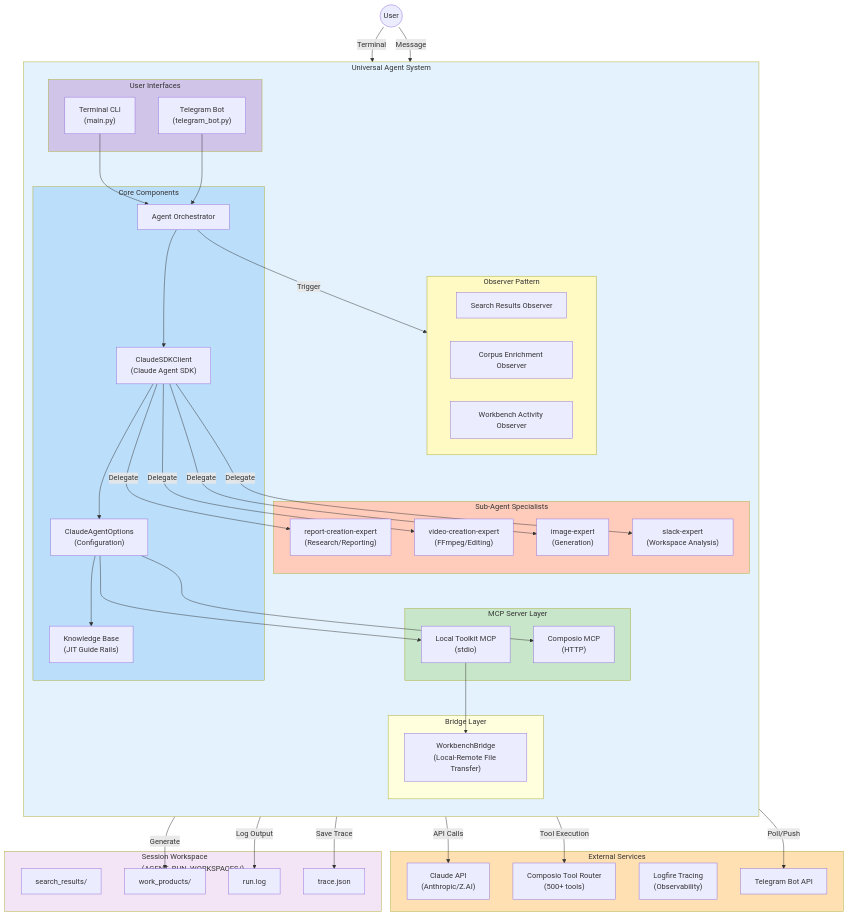
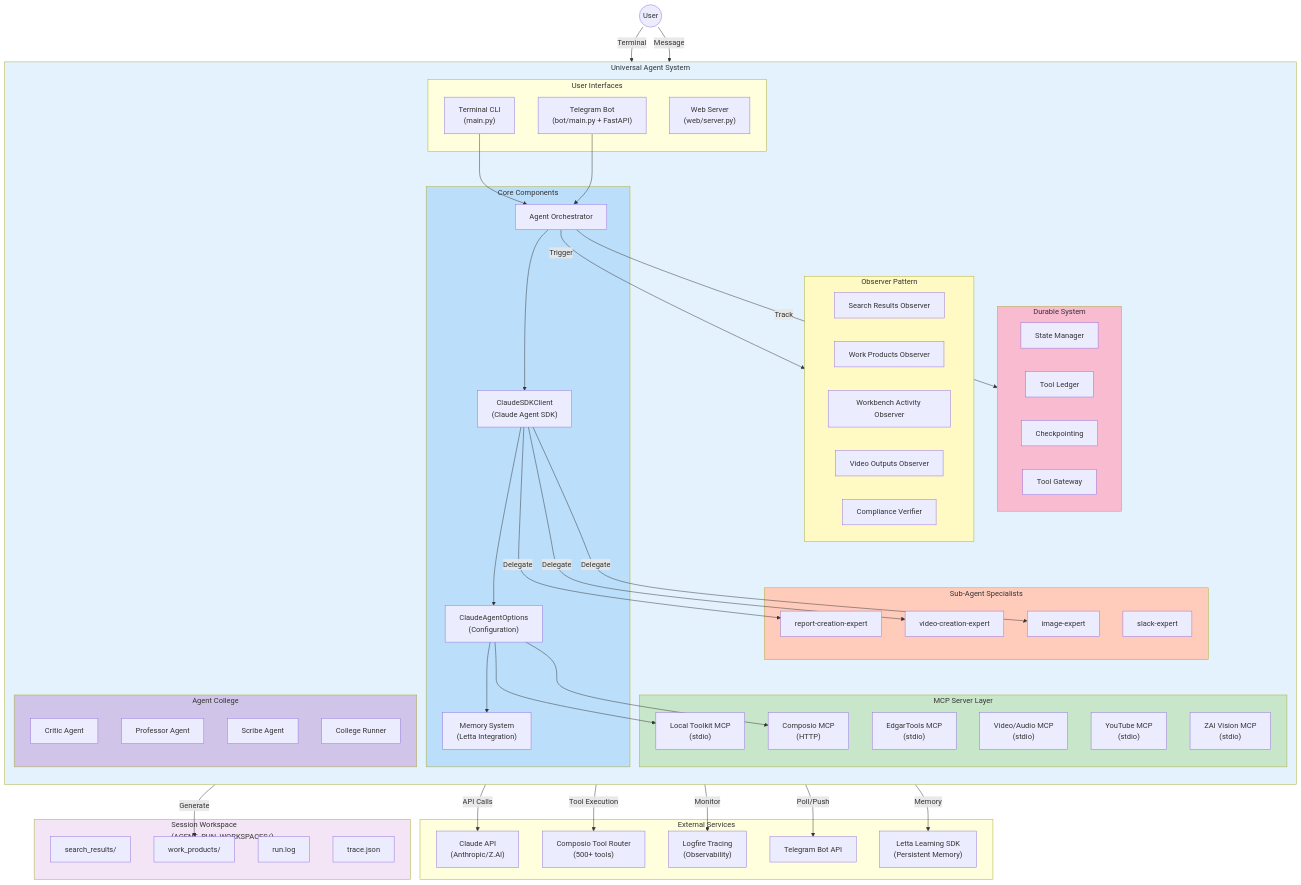
The diagram in Project_Documentation/Architecture/01_overall_system_architecture.md (Kjdragan/universal_agent), drawn with Mermaid before and after one commit. The commit also changed other lines of this file and 7 other files, not shown here.

Commit message:
feat: Add durability system documentation, update main architecture overview with Telegram bot support, Letta memory, and new tools, and introduce long-running task design.

````diff
--- a/Project_Documentation/Architecture/01_overall_system_architecture.md
+++ b/Project_Documentation/Architecture/01_overall_system_architecture.md
@@ -49,6 +50,7 @@
         ComposioAPI["Composio Tool Router<br/>(500+ tools)"]
         LogfireAPI["Logfire Tracing<br/>(Observability)"]
         TelegramAPI["Telegram Bot API"]
+        LettaAPI["Letta Learning SDK<br/>(Persistent Memory)"]
     end
 
     subgraph UniversalAgent["Universal Agent System"]
@@ -56,36 +58,53 @@
 
         subgraph Interfaces["User Interfaces"]
             CLI["Terminal CLI<br/>(main.py)"]
-            TGBot["Telegram Bot<br/>(telegram_bot.py)"]
+            Bot["Telegram Bot<br/>(bot/main.py + FastAPI)"]
+            Web["Web Server<br/>(web/server.py)"]
         end
 
         subgraph Core["Core Components"]
             Orchestrator["Agent Orchestrator"]
             Client["ClaudeSDKClient<br/>(Claude Agent SDK)"]
             Options["ClaudeAgentOptions<br/>(Configuration)"]
-            KB["Knowledge Base<br/>(JIT Guide Rails)"]
+            Memory["Memory System<br/>(Letta Integration)"]
         end
 
         subgraph SubAgents["Sub-Agent Specialists"]
-            ReportExpert["report-creation-expert<br/>(Research/Reporting)"]
-            VideoExpert["video-creation-expert<br/>(FFmpeg/Editing)"]
-            ImageExpert["image-expert<br/>(Generation)"]
-            SlackExpert["slack-expert<br/>(Workspace Analysis)"]
+            ReportExpert["report-creation-expert"]
+            VideoExpert["video-creation-expert"]
+            ImageExpert["image-expert"]
+            SlackExpert["slack-expert"]
         end
 
         subgraph Observers["Observer Pattern"]
             SearchObs["Search Results Observer"]
-            CorpusObs["Corpus Enrichment Observer"]
+            CorpusObs["Work Products Observer"]
             WorkbenchObs["Workbench Activity Observer"]
+            VideoObs["Video Outputs Observer"]
+            Compliance["Compliance Verifier"]
+        end
+
+        subgraph Durable["Durable System"]
+            State["State Manager"]
+            Ledger["Tool Ledger"]
+            Checkpoint["Checkpointing"]
+            Gateway["Tool Gateway"]
         end
 
         subgraph MCPLayer["MCP Server Layer"]
             LocalMCP["Local Toolkit MCP<br/>(stdio)"]
             ComposioMCP["Composio MCP<br/>(HTTP)"]
+            EdgarMCP["EdgarTools MCP<br/>(stdio)"]
+            VideoMCP["Video/Audio MCP<br/>(stdio)"]
+            YoutubeMCP["YouTube MCP<br/>(stdio)"]
+            ZaiMCP["ZAI Vision MCP<br/>(stdio)"]
         end
 
-        subgraph Bridges["Bridge Layer"]
-            WorkbenchBridge["WorkbenchBridge<br/>(Local-Remote File Transfer)"]
+        subgraph AgentCollege["Agent College"]
+            Critic["Critic Agent"]
+            Professor["Professor Agent"]
+            Scribe["Scribe Agent"]
+            Runner["College Runner"]
         end
     end
 
@@ -97,40 +116,40 @@
     end
 
     User(("User")) -->|"Terminal"| CLI
-    User -->|"Message"| TGBot
+    User -->|"Message"| Bot
 
     CLI --> Orchestrator
-    TGBot --> Orchestrator
+    Bot --> Orchestrator
 
     Orchestrator --> Client
     Client --> Options
-    Options --> KB
+    Options --> Memory
     Options --> LocalMCP
     Options --> ComposioMCP
 
     Client -->|"Delegate"| ReportExpert
     Client -->|"Delegate"| VideoExpert
     Client -->|"Delegate"| ImageExpert
-    Client -->|"Delegate"| SlackExpert
 
     Orchestrator -->|"Trigger"| Observers
-
-    LocalMCP --> WorkbenchBridge
+    Orchestrator -->|"Track"| Durable
 
     Client -->|"API Calls"| ClaudeAPI
     ComposioMCP -->|"Tool Execution"| ComposioAPI
-    TGBot -->|"Poll/Push"| TelegramAPI
+    Bot -->|"Poll/Push"| TelegramAPI
+
+    Client -->|"Memory"| LettaAPI
 
     SubAgents -->|"Generate"| WorkProducts
-    Orchestrator -->|"Log Output"| RunLog
-    Orchestrator -->|"Save Trace"| TraceJSON
+
+    Runner -->|"Monitor"| LogfireAPI
 
     style UniversalAgent fill:#e3f2fd
     style Core fill:#bbdefb
     style MCPLayer fill:#c8e6c9
     style Observers fill:#fff9c4
     style SubAgents fill:#ffccbc
+    style Durable fill:#f8bbd0
     style Workspace fill:#f3e5f5
-    style External fill:#ffe0b2
-    style Interfaces fill:#d1c4e9
+    style AgentCollege fill:#d1c4e9
 ```
````
